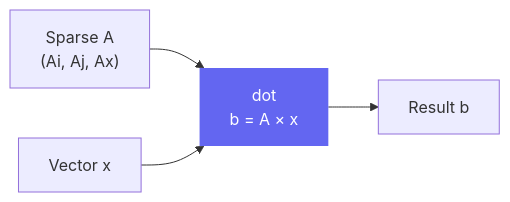
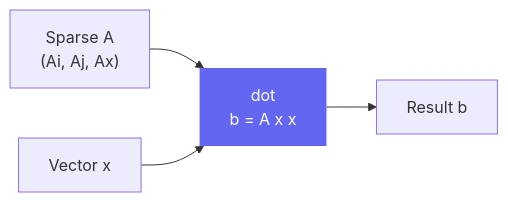
Before and after one commit to flaport/klujax: the first of 2 diagrams in docs/api/dot.md, drawn with Mermaid. The commit also changed other lines of this file and 21 other files, not shown here.

````diff
--- a/docs/api/dot.md
+++ b/docs/api/dot.md
@@ -31,7 +31,7 @@
 ```mermaid
 flowchart LR
-    A["Sparse A\n(Ai, Aj, Ax)"] --> mul["dot\nb = A × x"]
+    A["Sparse A\n#40;Ai, Aj, Ax#41;"] --> mul["dot\nb = A x x"]
     X["Vector x"] --> mul
     mul --> B["Result b"]
     style mul fill:#6366f1,color:#fff,stroke:none
 ```
````
